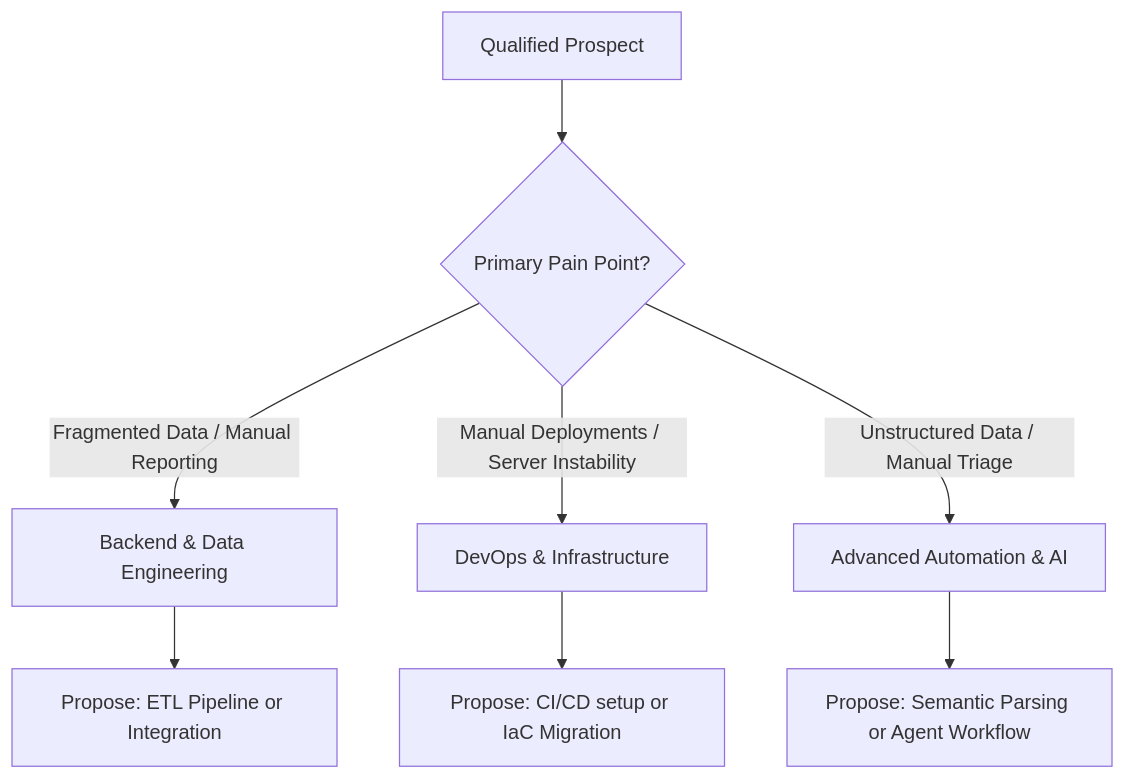
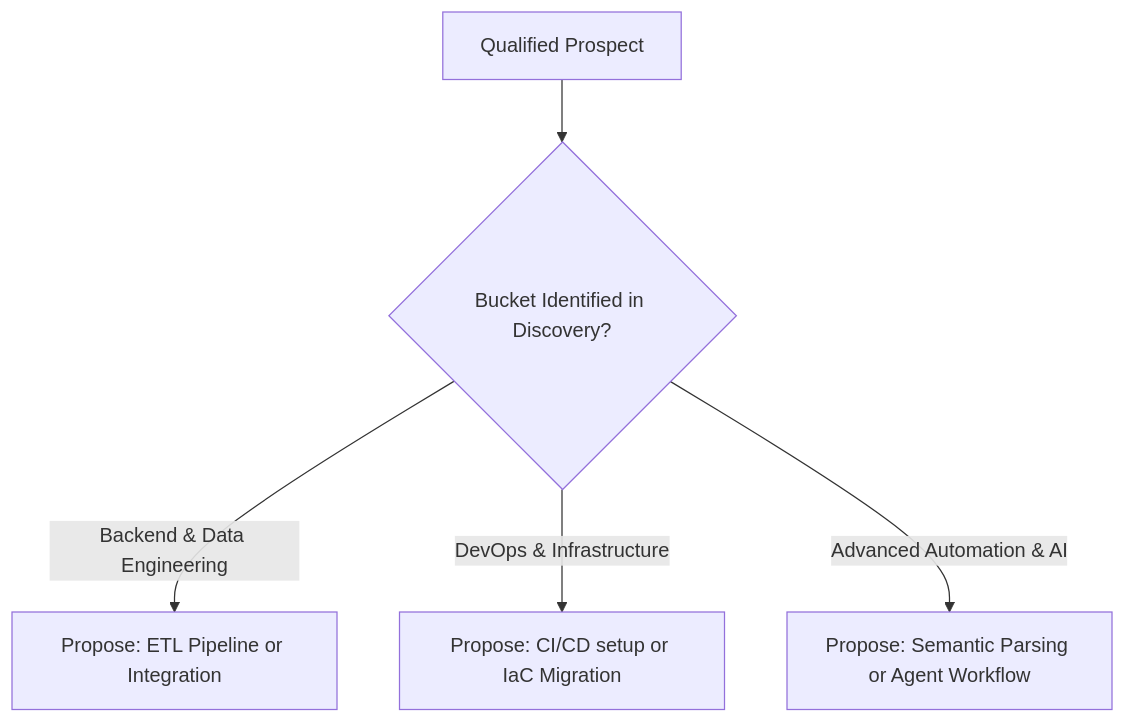
Before and after one commit to mnaatjes/consulting: the fourth of 5 diagrams in docs/explanation/decision_matrix_flow.md, drawn with Mermaid. The commit also changed other lines of this file and 1 other file, not shown here.

````diff
--- a/docs/explanation/decision_matrix_flow.md
+++ b/docs/explanation/decision_matrix_flow.md
@@ -33,12 +74,8 @@
 ```mermaid
 graph TD
-    F[Qualified Prospect] --> G{Primary Pain Point?}
+    F2[Qualified Prospect] --> G2{Bucket Identified in Discovery?}
     
-    G -- Fragmented Data / Manual Reporting --> H[Backend & Data Engineering]
-    G -- Manual Deployments / Server Instability --> I[DevOps & Infrastructure]
-    G -- Unstructured Data / Manual Triage --> J[Advanced Automation & AI]
-    
-    H --> K[Propose: ETL Pipeline or Integration]
-    I --> L[Propose: CI/CD setup or IaC Migration]
-    J --> M[Propose: Semantic Parsing or Agent Workflow]
+    G2 -- Backend & Data Engineering --> K2[Propose: ETL Pipeline or Integration]
+    G2 -- DevOps & Infrastructure --> L2[Propose: CI/CD setup or IaC Migration]
+    G2 -- Advanced Automation & AI --> M2[Propose: Semantic Parsing or Agent Workflow]
 ```
````
